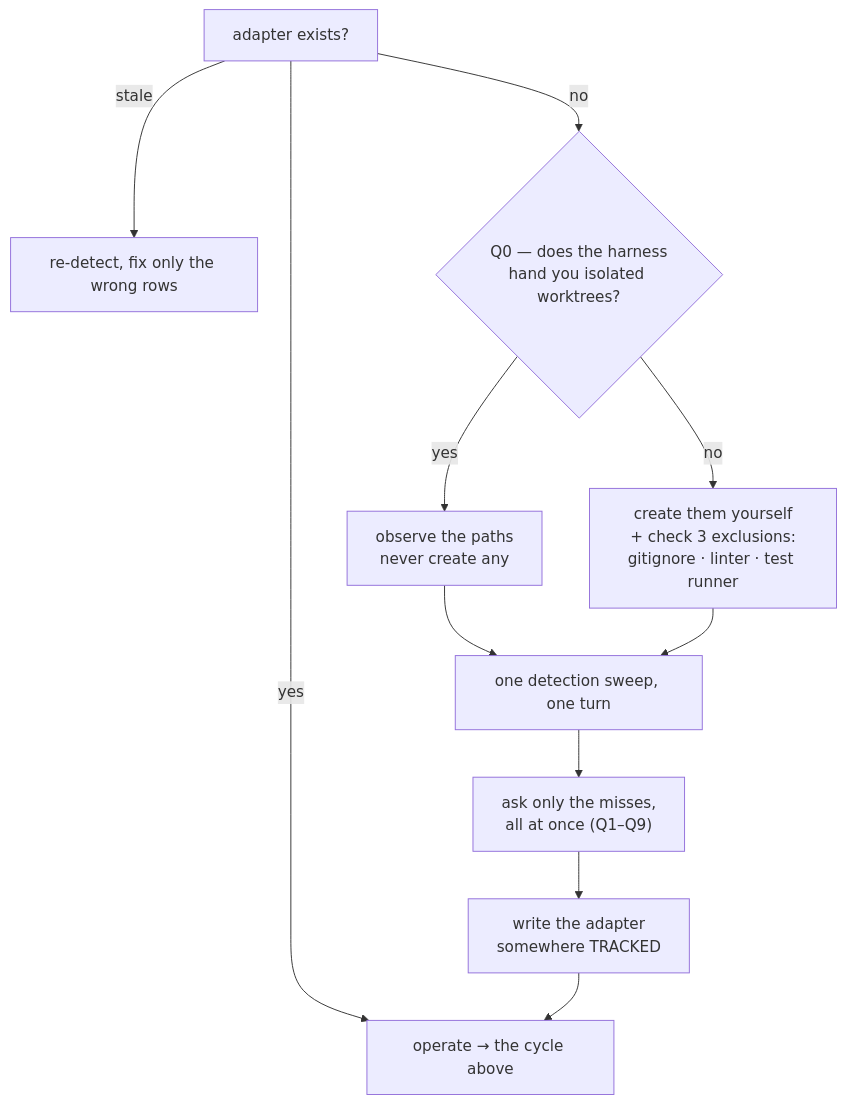
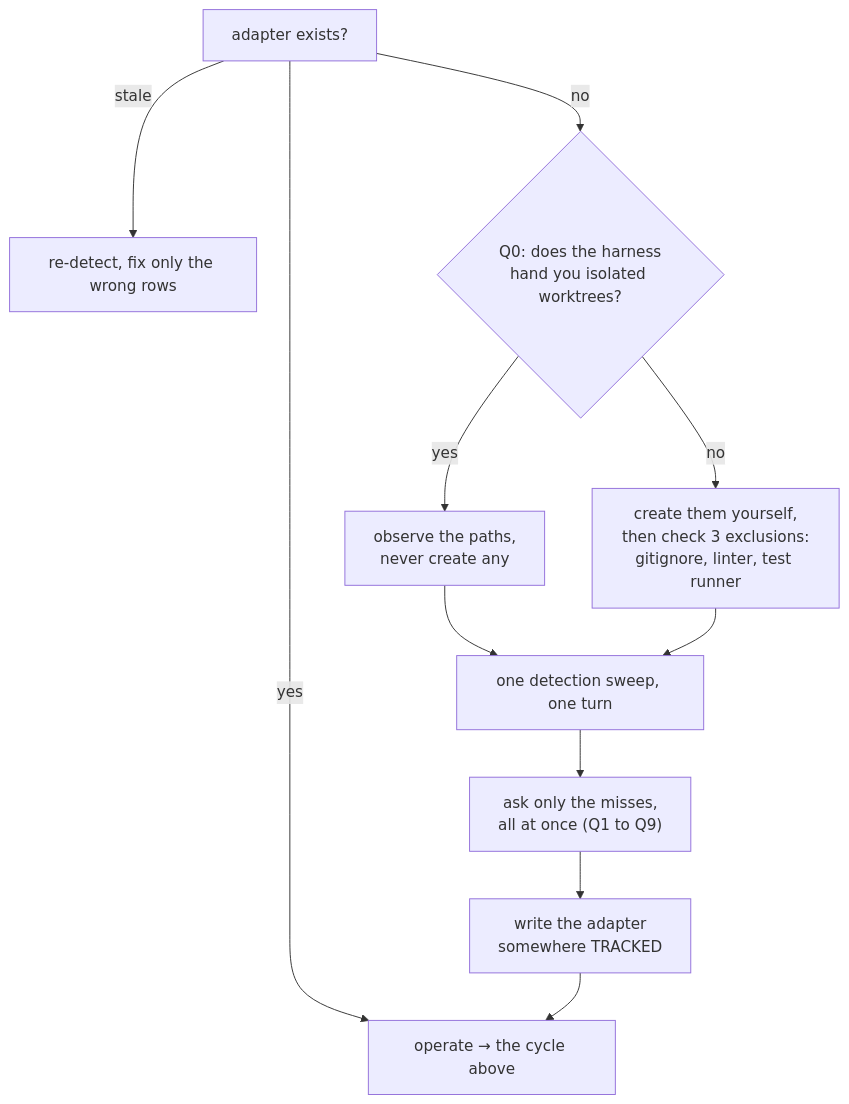
The second of 2 diagrams in README.md (sh5623/parallel-worktree), drawn with Mermaid before and after one commit. The commit also changed other lines of this file and 1 other file, not shown here.

First line of the commit message:
docs: explain worktrees vs. more sessions, and de-slop both READMEs

````diff
--- a/README.md
+++ b/README.md
@@ -133,13 +163,13 @@
 ```mermaid
 flowchart TD
     S["adapter exists?"] -->|yes| OP["operate → the cycle above"]
     S -->|stale| RP["re-detect, fix only the wrong rows"]
-    S -->|no| Q0{"Q0 — does the harness<br/>hand you isolated worktrees?"}
-    Q0 -->|yes| OBS["observe the paths<br/>never create any"]
-    Q0 -->|no| MK["create them yourself<br/>+ check 3 exclusions:<br/>gitignore · linter · test runner"]
+    S -->|no| Q0{"Q0: does the harness<br/>hand you isolated worktrees?"}
+    Q0 -->|yes| OBS["observe the paths,<br/>never create any"]
+    Q0 -->|no| MK["create them yourself,<br/>then check 3 exclusions:<br/>gitignore, linter, test runner"]
     OBS --> SWEEP["one detection sweep, one turn"]
     MK --> SWEEP
-    SWEEP --> ASK["ask only the misses,<br/>all at once (Q1–Q9)"]
+    SWEEP --> ASK["ask only the misses,<br/>all at once (Q1 to Q9)"]
     ASK --> AD["write the adapter<br/>somewhere TRACKED"]
     AD --> OP
 ```
````
